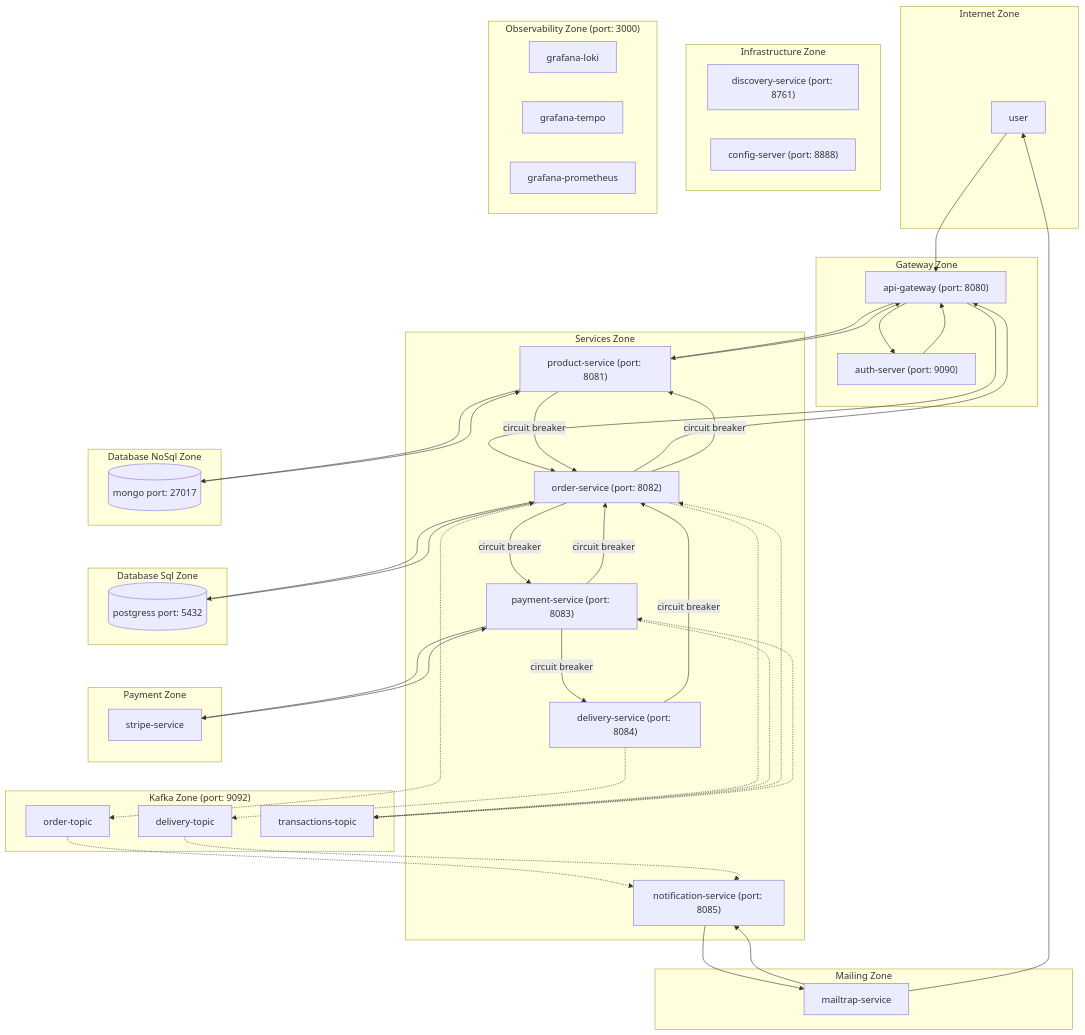
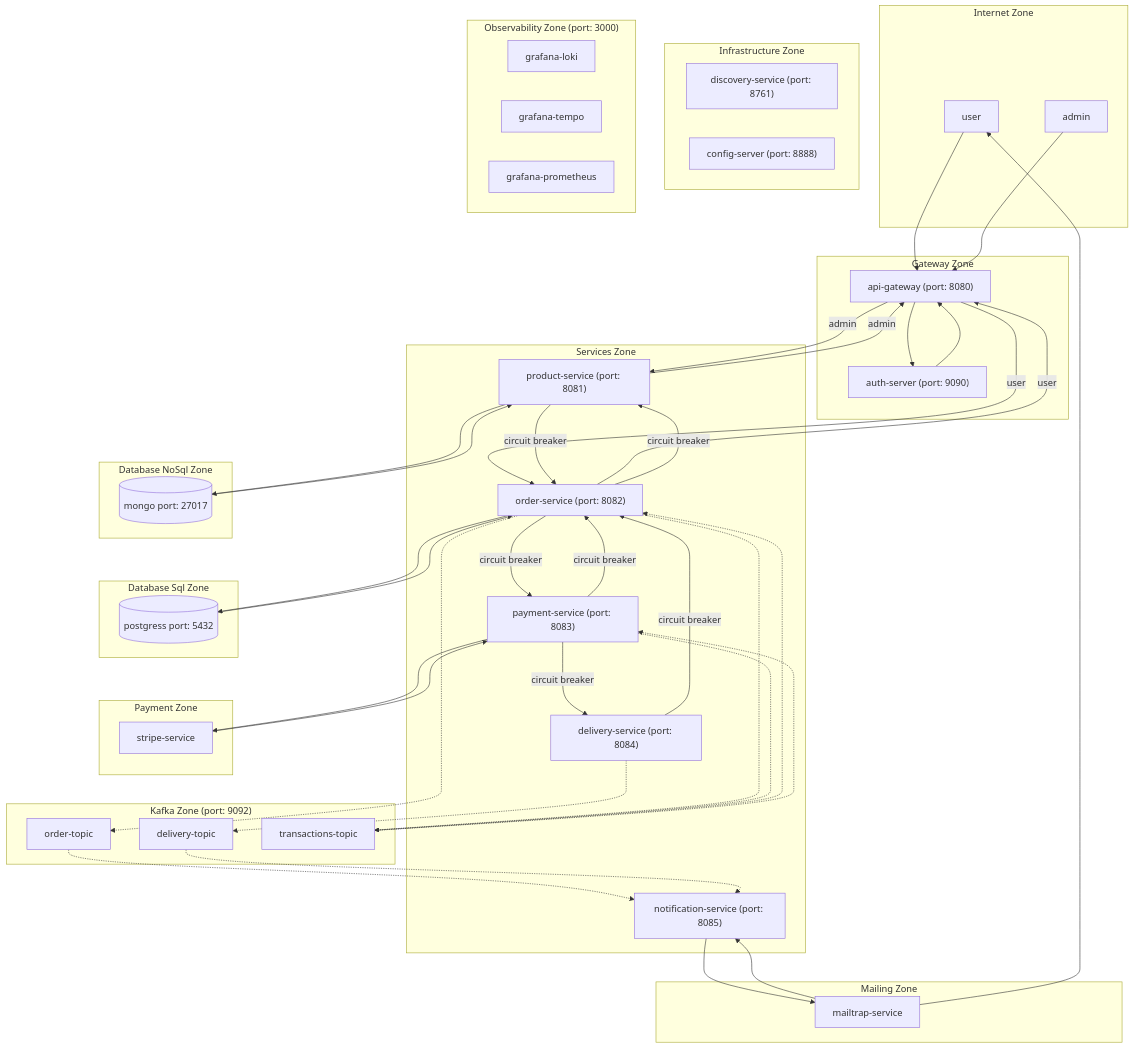
One commit to wisniewskikr/mermaid changed the diagram in ecommerce-virtual.md. Above: the diagram before and after it, drawn with Mermaid.

Commit message:
Add admin

```diff
--- a/ecommerce-virtual.md
+++ b/ecommerce-virtual.md
@@ -3,6 +3,7 @@
 
         subgraph Internet Zone
             user
+            admin
         end
 
         subgraph Gateway Zone
@@ -52,6 +53,7 @@
         end
 
         user --> api-gateway
+        admin --> api-gateway
 
         api-gateway --> auth-server
         auth-server --> api-gateway        
@@ -68,11 +70,11 @@
         order-service --> postgress
         postgress --> order-service
 
-        api-gateway --> product-service
-        product-service --> api-gateway
+        api-gateway -->|admin| product-service
+        product-service -->|admin| api-gateway
 
-        api-gateway --> order-service
-        order-service --> api-gateway
+        api-gateway -->|user| order-service
+        order-service -->|user| api-gateway
 
         product-service -->|circuit breaker| order-service
         order-service -->|circuit breaker| product-service
```
